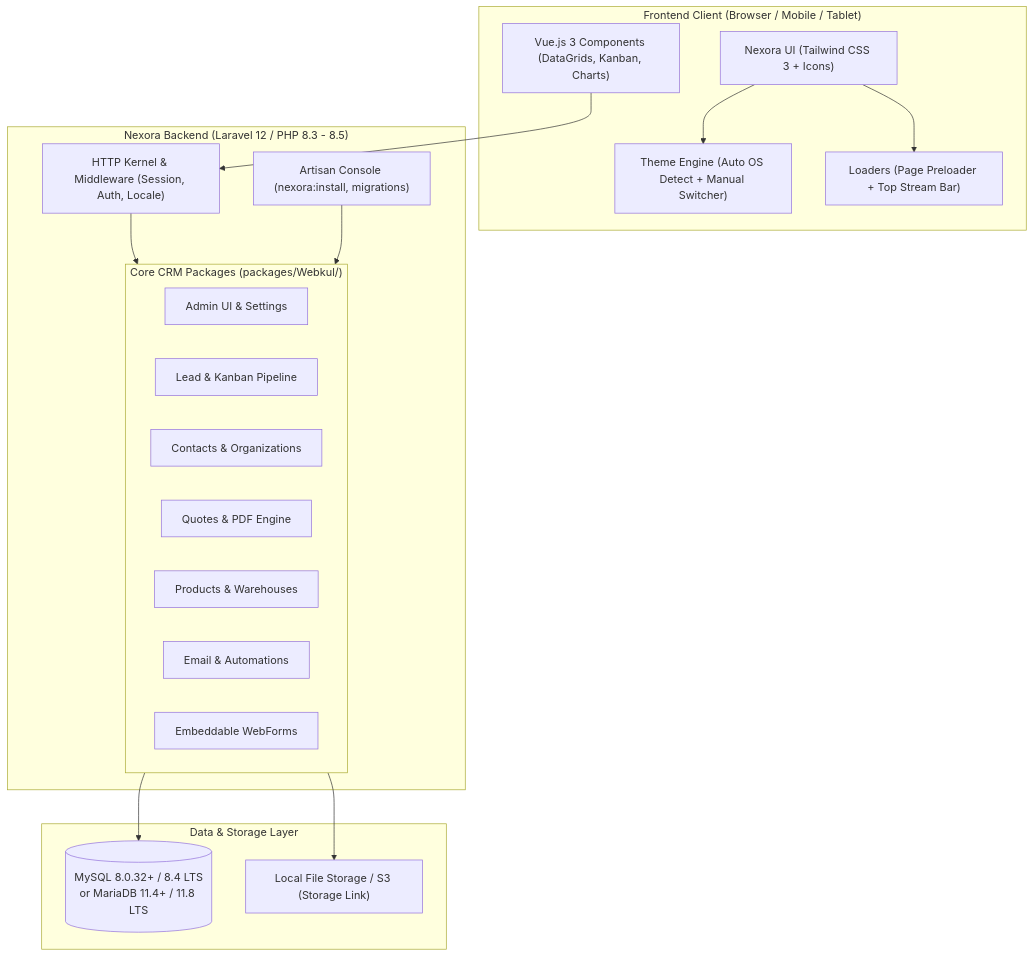
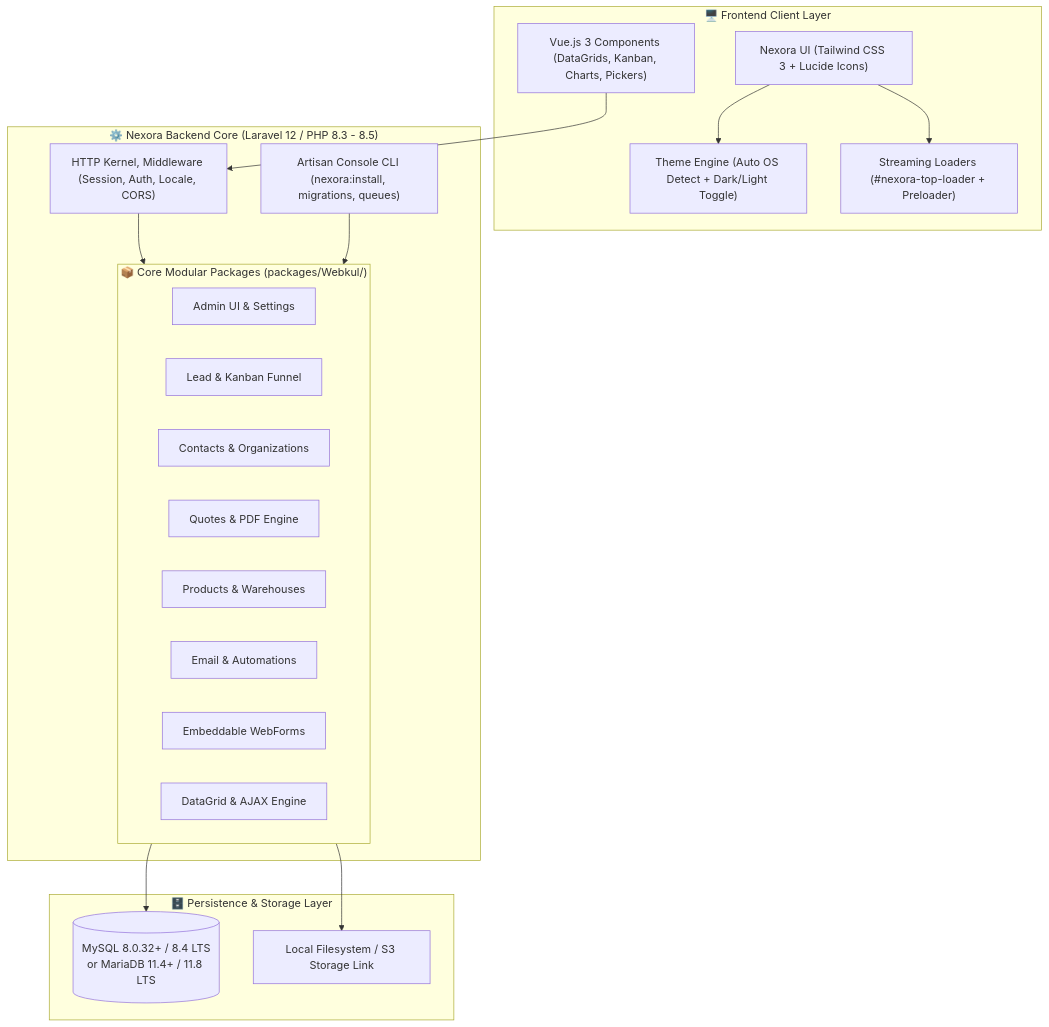
The diagram in README.md (Isuru-CodeX/Nexora), drawn with Mermaid before and after one commit. The commit also changed other lines of this file, not shown here.

````diff
--- a/README.md
+++ b/README.md
@@ -110,37 +217,38 @@
 ```mermaid
 flowchart TD
-    subgraph Client["Frontend Client (Browser / Mobile / Tablet)"]
-        UI["Nexora UI (Tailwind CSS 3 + Icons)"]
-        Theme["Theme Engine (Auto OS Detect + Manual Switcher)"]
-        Loaders["Loaders (Page Preloader + Top Stream Bar)"]
-        VueApp["Vue.js 3 Components (DataGrids, Kanban, Charts)"]
+    subgraph Client["🖥️ Frontend Client Layer"]
+        UI["Nexora UI (Tailwind CSS 3 + Lucide Icons)"]
+        ThemeEngine["Theme Engine (Auto OS Detect + Dark/Light Toggle)"]
+        Loaders["Streaming Loaders (#nexora-top-loader + Preloader)"]
+        VueApps["Vue.js 3 Components (DataGrids, Kanban, Charts, Pickers)"]
     end
 
-    subgraph Server["Nexora Backend (Laravel 12 / PHP 8.3 - 8.5)"]
-        HttpKernel["HTTP Kernel & Middleware (Session, Auth, Locale)"]
-        ArtisanCLI["Artisan Console (nexora:install, migrations)"]
-        
-        subgraph Modules["Core CRM Packages (packages/Webkul/)"]
+    subgraph Backend["⚙️ Nexora Backend Core (Laravel 12 / PHP 8.3 - 8.5)"]
+        Kernel["HTTP Kernel, Middleware (Session, Auth, Locale, CORS)"]
+        Artisan["Artisan Console CLI (nexora:install, migrations, queues)"]
+
+        subgraph Modules["📦 Core Modular Packages (packages/Webkul/)"]
             Admin["Admin UI & Settings"]
-            Lead["Lead & Kanban Pipeline"]
+            Lead["Lead & Kanban Funnel"]
             Contact["Contacts & Organizations"]
             Quote["Quotes & PDF Engine"]
             Product["Products & Warehouses"]
             Email["Email & Automations"]
             WebForm["Embeddable WebForms"]
+            DataGrid["DataGrid & AJAX Engine"]
         end
     end
 
-    subgraph Storage["Data & Storage Layer"]
+    subgraph Storage["🗄️ Persistence & Storage Layer"]
         DB[("MySQL 8.0.32+ / 8.4 LTS\nor MariaDB 11.4+ / 11.8 LTS")]
-        Files["Local File Storage / S3 (Storage Link)"]
+        Files["Local Filesystem / S3 Storage Link"]
     end
 
-    UI --> Theme
+    UI --> ThemeEngine
     UI --> Loaders
-    VueApp --> HttpKernel
-    HttpKernel --> Modules
-    ArtisanCLI --> Modules
+    VueApps --> Kernel
+    Kernel --> Modules
+    Artisan --> Modules
     Modules --> DB
     Modules --> Files
 ```
````
